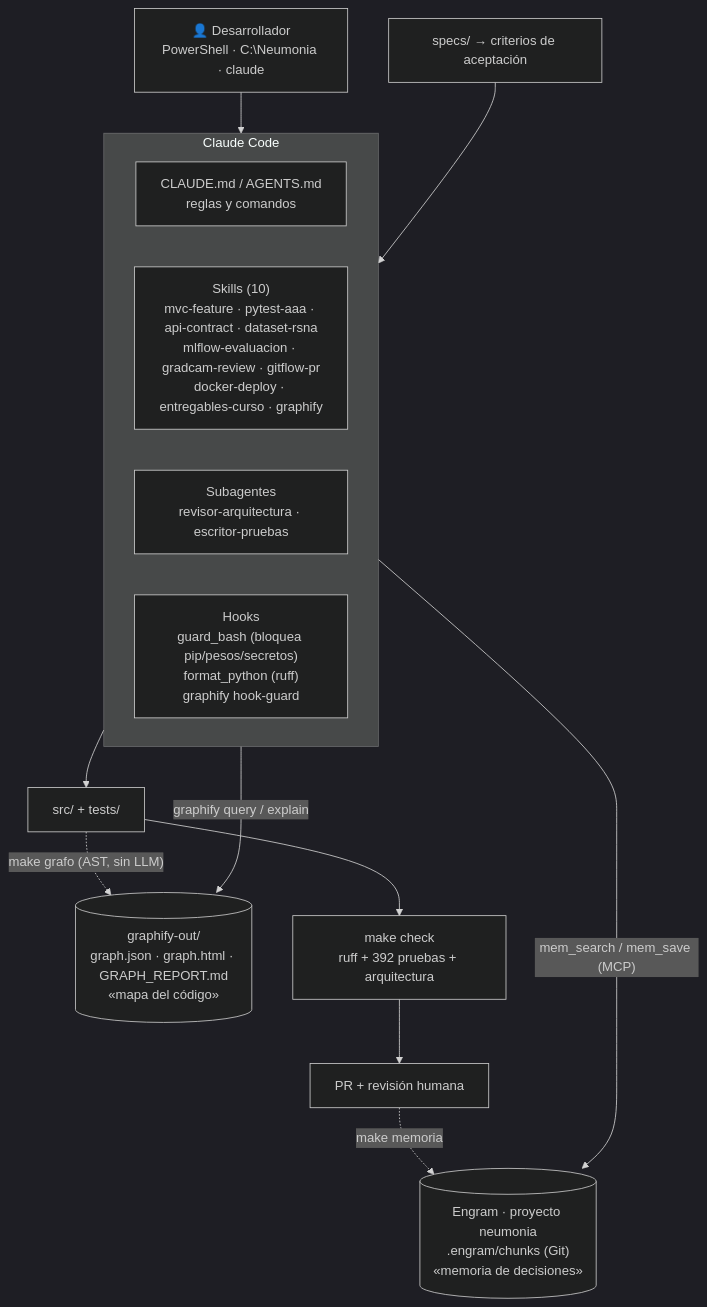
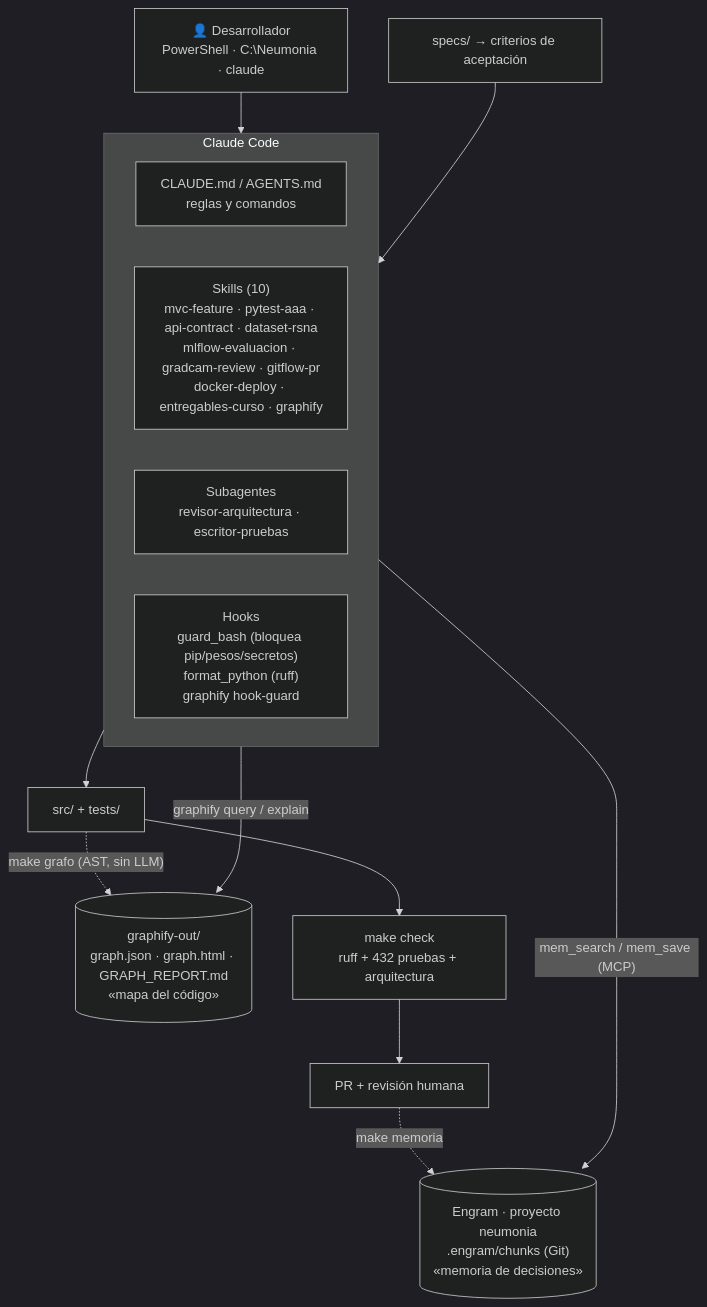
The diagram in docs/arquitectura/diagramas/11-flujo-agentico.mmd (JulianReneMunoz/Neumonia), drawn with Mermaid (dark theme) before and after one commit. The commit also changed 32 other files, not shown here.

```diff
--- a/docs/arquitectura/diagramas/11-flujo-agentico.mmd
+++ b/docs/arquitectura/diagramas/11-flujo-agentico.mmd
@@ -1,22 +1,22 @@
 %% Flujo de desarrollo con consola agéntica (Claude Code + graphify + engram)
 flowchart TB
   dev["👤 Desarrollador<br/>PowerShell · C:\Neumonia · claude"]
   subgraph CC["Claude Code"]
     mem["CLAUDE.md / AGENTS.md<br/>reglas y comandos"]
     sk["Skills (10)<br/>mvc-feature · pytest-aaa · api-contract · dataset-rsna<br/>mlflow-evaluacion · gradcam-review · gitflow-pr<br/>docker-deploy · entregables-curso · graphify"]
     ag["Subagentes<br/>revisor-arquitectura · escritor-pruebas"]
     hk["Hooks<br/>guard_bash (bloquea pip/pesos/secretos)<br/>format_python (ruff)<br/>graphify hook-guard"]
   end
   gr[("graphify-out/<br/>graph.json · graph.html · GRAPH_REPORT.md<br/>«mapa del código»")]
   en[("Engram · proyecto neumonia<br/>.engram/chunks (Git)<br/>«memoria de decisiones»")]
   sp["specs/ → criterios de aceptación"]
   code["src/ + tests/"]
-  gate["make check<br/>ruff + 392 pruebas + arquitectura"]
+  gate["make check<br/>ruff + 432 pruebas + arquitectura"]
   pr["PR + revisión humana"]
   dev --> CC
   CC -- "graphify query / explain" --> gr
   CC -- "mem_search / mem_save (MCP)" --> en
   sp --> CC
   CC --> code --> gate --> pr
   code -. "make grafo (AST, sin LLM)" .-> gr
   pr -. "make memoria" .-> en
```
